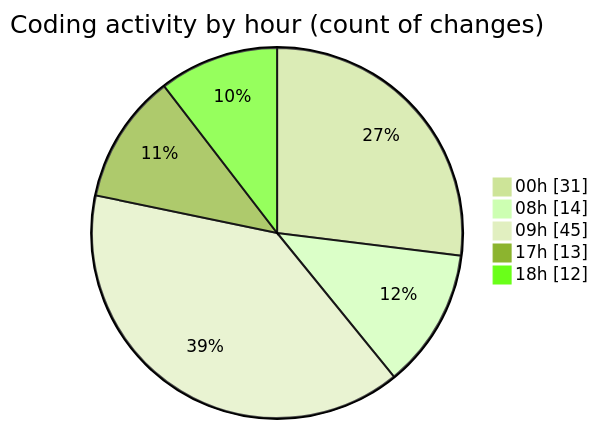
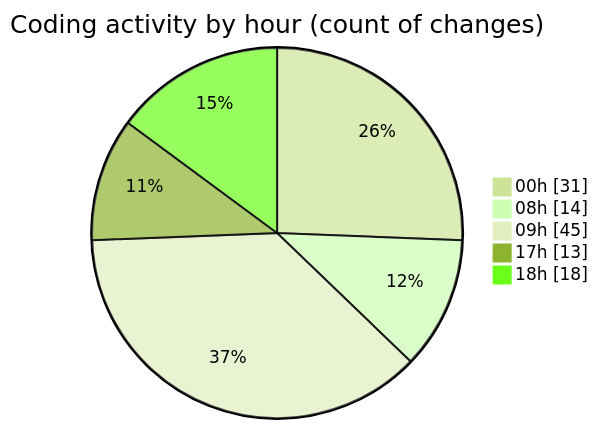
The second of 2 diagrams in 2025-08-03/studybuddy/README.md (lephambinh05/code-tracking), drawn with Mermaid (forest theme) before and after one commit. The commit also changed other lines of this file and 1 other file, not shown here.

````diff
--- a/2025-08-03/studybuddy/README.md
+++ b/2025-08-03/studybuddy/README.md
@@ -65,9 +70,9 @@
 ```mermaid
 pie showData
 title Coding activity by hour (count of changes)
 "00h" : 31
 "08h" : 14
 "09h" : 45
 "17h" : 13
-"18h" : 12
+"18h" : 18
 ```
````
